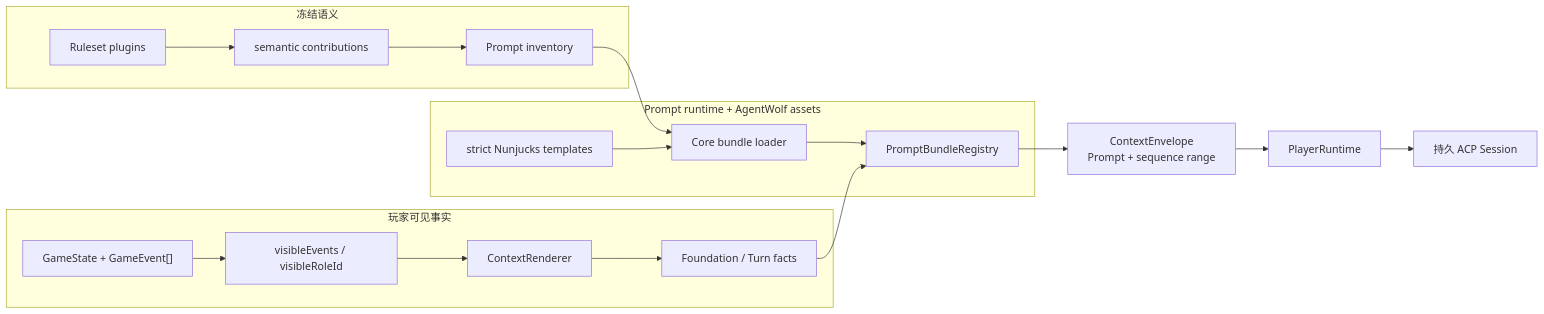
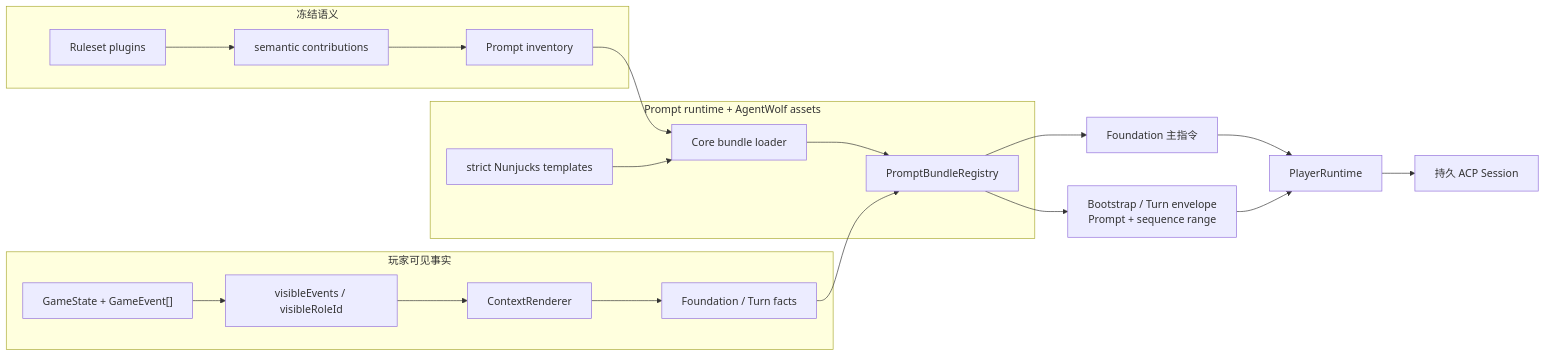
The first of 4 diagrams in docs/architecture/prompt-and-context.md (renewboy/agentwolf), drawn with Mermaid before and after one commit. The commit also changed other lines of this file and 52 other files, not shown here.

First line of the commit message:
feat: separate player foundation from bootstrap

````diff
--- a/docs/architecture/prompt-and-context.md
+++ b/docs/architecture/prompt-and-context.md
@@ -31,31 +32,33 @@
 ```mermaid
 flowchart LR
     subgraph Semantics["冻结语义"]
         Plugins["Ruleset plugins"]
         Contributions["semantic contributions"]
         Inventory["Prompt inventory"]
     end
 
     subgraph Facts["玩家可见事实"]
         State["GameState + GameEvent[]"]
         Visibility["visibleEvents / visibleRoleId"]
         Renderer["ContextRenderer"]
         FactSchemas["Foundation / Turn facts"]
     end
 
     subgraph Assets["Prompt runtime + AgentWolf assets"]
         Loader["Core bundle loader"]
         Registry["PromptBundleRegistry"]
         Templates["strict Nunjucks templates"]
     end
 
-    Envelope["ContextEnvelope<br/>Prompt + sequence range"]
+    Foundation["Foundation 主指令"]
+    Envelope["Bootstrap / Turn envelope<br/>Prompt + sequence range"]
     Player["PlayerRuntime"]
     Session["持久 ACP Session"]
 
     Plugins --> Contributions --> Inventory --> Loader
     Loader --> Registry
     Templates --> Loader
     State --> Visibility --> Renderer --> FactSchemas --> Registry
+    Registry --> Foundation --> Player
     Registry --> Envelope --> Player --> Session
 ```
````
